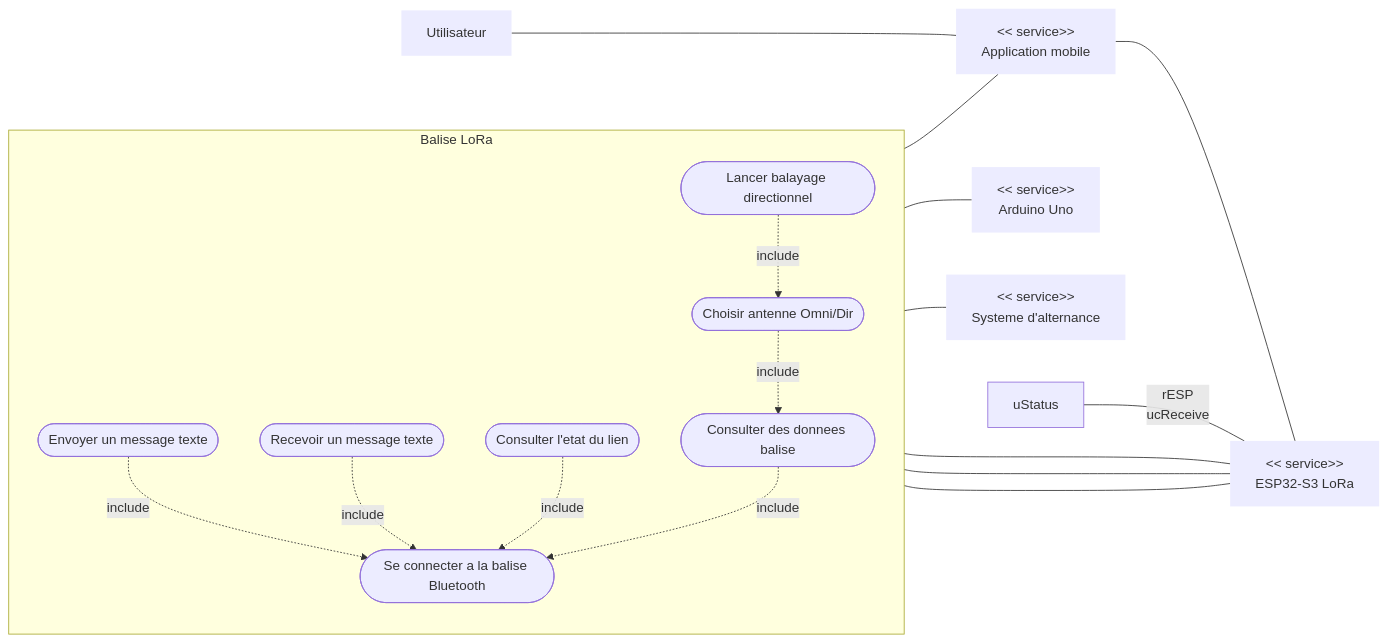
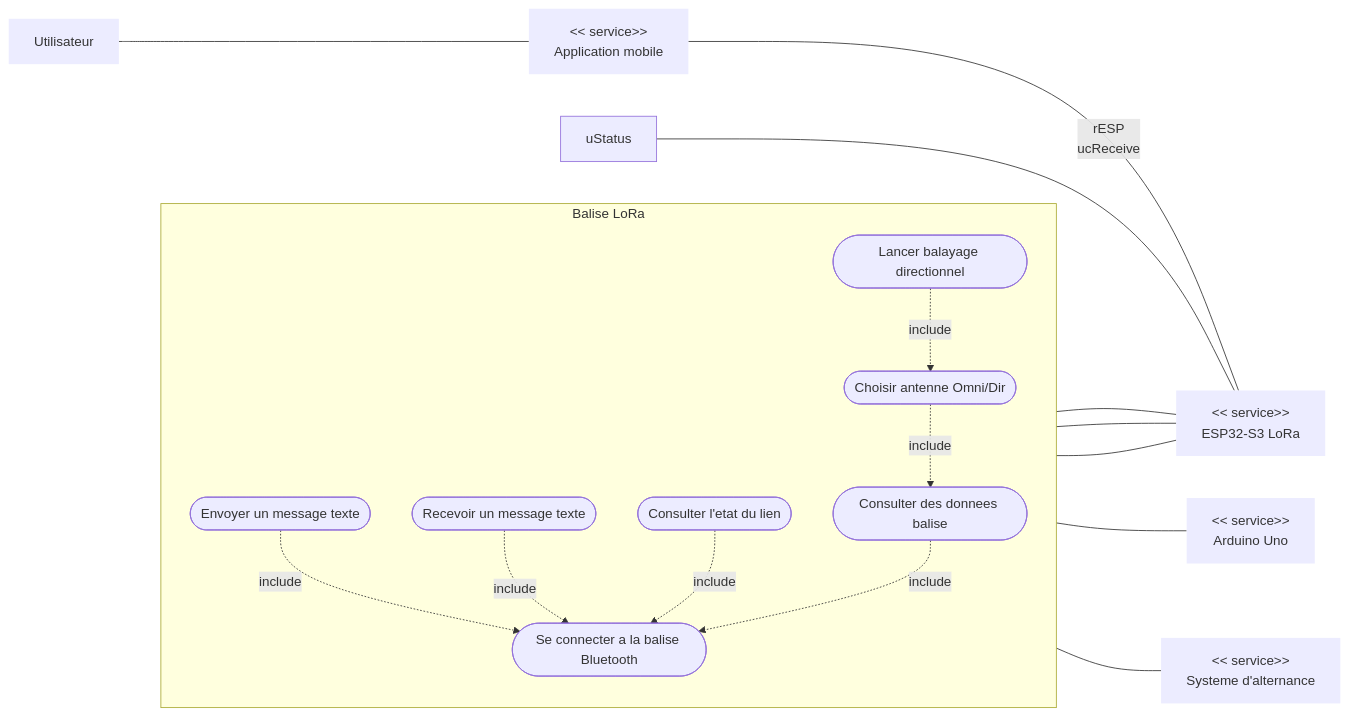
One commit to SHU445/Projet-LoRa-72h changed the first of 6 diagrams in Diagrammes_SysML_Projet_LoRa.md. Above: the diagram before and after it, drawn with Mermaid.

Commit message:
"USE_case_Modif_BOREEEEEL"

````diff
--- a/Diagrammes_SysML_Projet_LoRa.md
+++ b/Diagrammes_SysML_Projet_LoRa.md
@@ -12,43 +12,41 @@
 ```mermaid
 flowchart LR
   rU["Utilisateur"]:::role
   rAPP["<< service>>\nApplication mobile"]:::role
   rESP["<< service>>\nESP32-S3 LoRa"]:::role
   rARD["<< service>>\nArduino Uno"]:::role
   rALT["<< service>>\nSysteme d'alternance"]:::role
 
   subgraph S["Balise LoRa"]
     direction TB
     ucConnect([Se connecter a la balise Bluetooth])
     ucSend([Envoyer un message texte])
     ucReceive([Recevoir un message texte])
     ucStatus([Consulter l'etat du lien])
     ucData([Consulter des donnees balise])
     ucSelectAntenna([Choisir antenne Omni/Dir])
     ucScan([Lancer balayage directionnel])
 
     ucSend -. include .-> ucConnect
     ucReceive -. include .-> ucConnect
     ucStatus -. include .-> ucConnect
     ucData -. include .-> ucConnect
     ucSelectAntenna -. include .-> ucData
     ucScan -. include .-> ucSelectAntenna
   end
 
   rU --- rAPP
   rAPP --- rESP
 
-  ucConnect --- rAPP
-
   ucSend --- rESP
   uStatus --rESP
   ucReceive --- rESP
   ucData --- rESP
   ucSelectAntenna --- rESP
 
 
   ucScan --- rARD
   ucSelectAntenna --- rALT
 
   classDef role stroke-width:0px;
 ```
````
